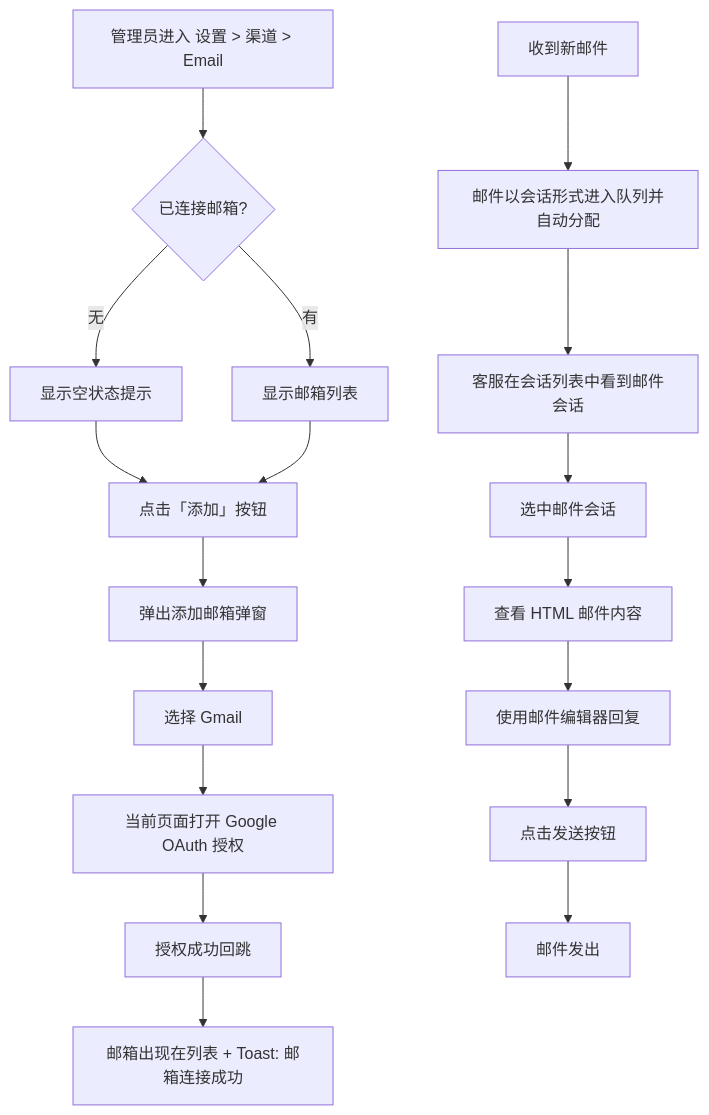
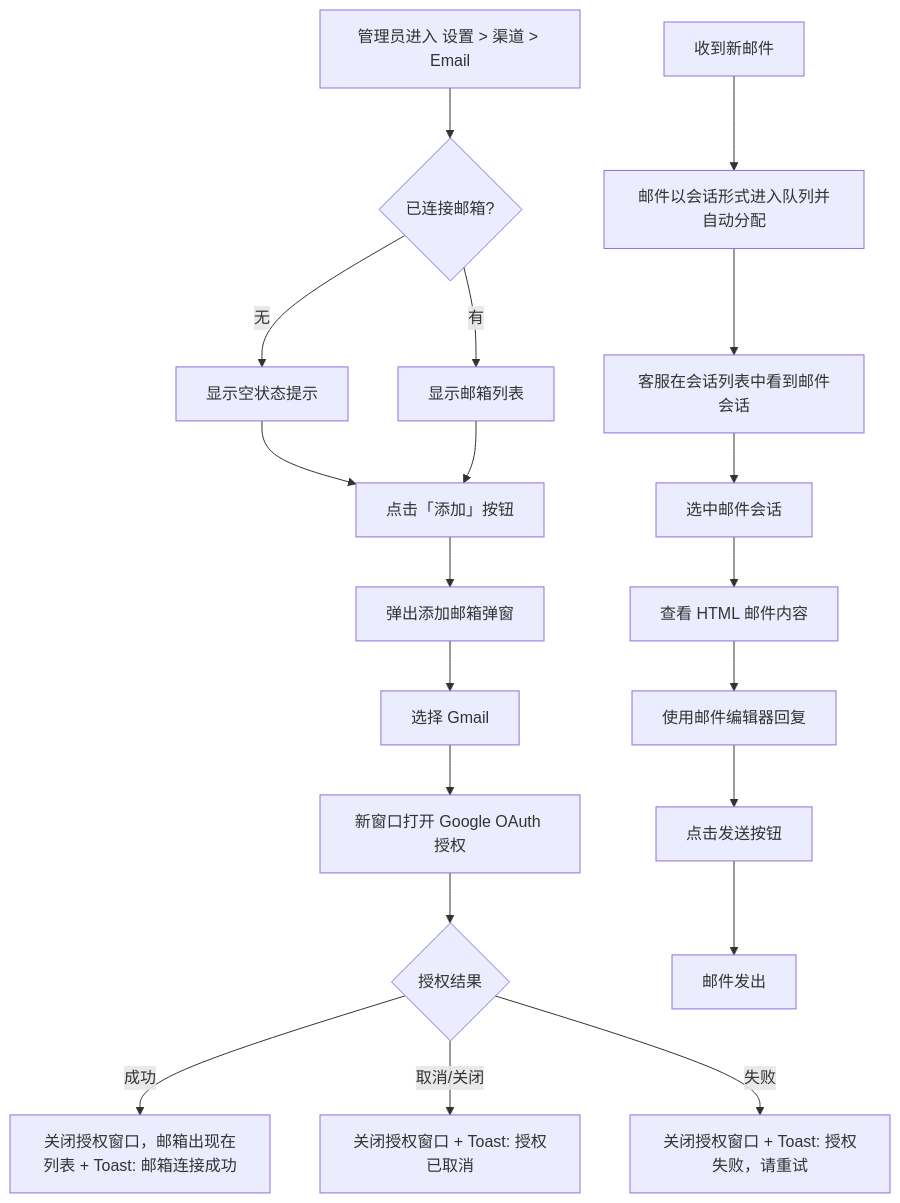
One commit to goeye/twt changed the second of 3 diagrams in docs/PRD-接入邮箱渠道.md. Above: the diagram before and after it, drawn with Mermaid. The commit also changed other lines of this file and 8 other files, not shown here.

````diff
--- a/docs/PRD-接入邮箱渠道.md
+++ b/docs/PRD-接入邮箱渠道.md
@@ -90,22 +90,24 @@
 ```mermaid
 flowchart TD
   A[管理员进入 设置 > 渠道 > Email] --> B{已连接邮箱?}
   B -- 无 --> C[显示空状态提示]
   B -- 有 --> D[显示邮箱列表]
   C --> E[点击「添加」按钮]
   D --> E
   E --> F[弹出添加邮箱弹窗]
   F --> G[选择 Gmail]
-  G --> H[当前页面打开 Google OAuth 授权]
-  H --> I[授权成功回跳]
-  I --> J[邮箱出现在列表 + Toast: 邮箱连接成功]
+  G --> H[新窗口打开 Google OAuth 授权]
+  H --> I{授权结果}
+  I -- 成功 --> J[关闭授权窗口，邮箱出现在列表 + Toast: 邮箱连接成功]
+  I -- 取消/关闭 --> J2[关闭授权窗口 + Toast: 授权已取消]
+  I -- 失败 --> J3[关闭授权窗口 + Toast: 授权失败，请重试]
 
   K[收到新邮件] --> L[邮件以会话形式进入队列并自动分配]
   L --> M[客服在会话列表中看到邮件会话]
   M --> N[选中邮件会话]
   N --> O[查看 HTML 邮件内容]
   O --> P[使用邮件编辑器回复]
   P --> Q[点击发送按钮]
   Q --> R[邮件发出]
 
 ```
````
